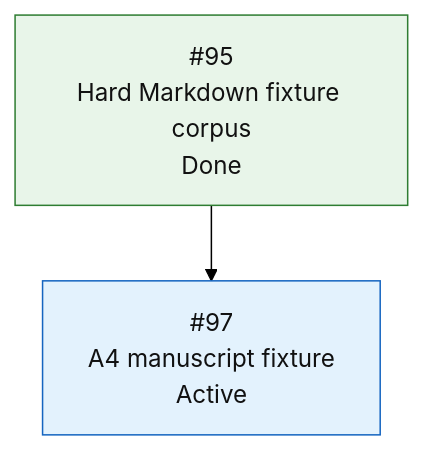
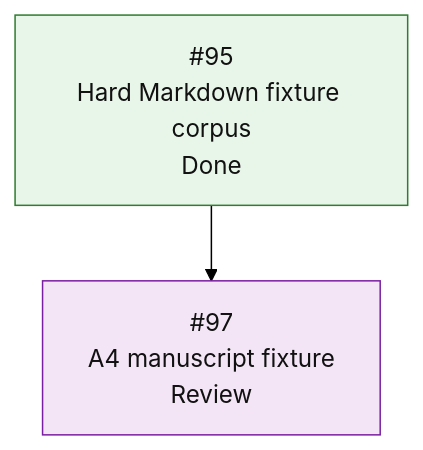
Before and after one commit to mihaelamj/MarkdownPDF: the fifth of 5 diagrams in README.md, drawn with Mermaid (forest theme).

Commit message:
docs(roadmap): mark A4 manuscript fixture in review

````diff
--- a/README.md
+++ b/README.md
@@ -396,15 +396,15 @@
 ```mermaid
 flowchart TD
     H0["#95<br/>Hard Markdown fixture corpus<br/>Done"]
-    H1["#97<br/>A4 manuscript fixture<br/>Active"]
+    H1["#97<br/>A4 manuscript fixture<br/>Review"]
 
     H0 --> H1
 
     classDef done fill:#e8f5e9,stroke:#2e7d32,color:#111;
     classDef active fill:#e3f2fd,stroke:#1565c0,color:#111;
     classDef review fill:#f3e5f5,stroke:#7b1fa2,color:#111;
     classDef next fill:#fff8e1,stroke:#f9a825,color:#111;
     classDef todo fill:#eef3ff,stroke:#3367d6,color:#111;
     class H0 done;
-    class H1 active;
+    class H1 review;
 ```
````
